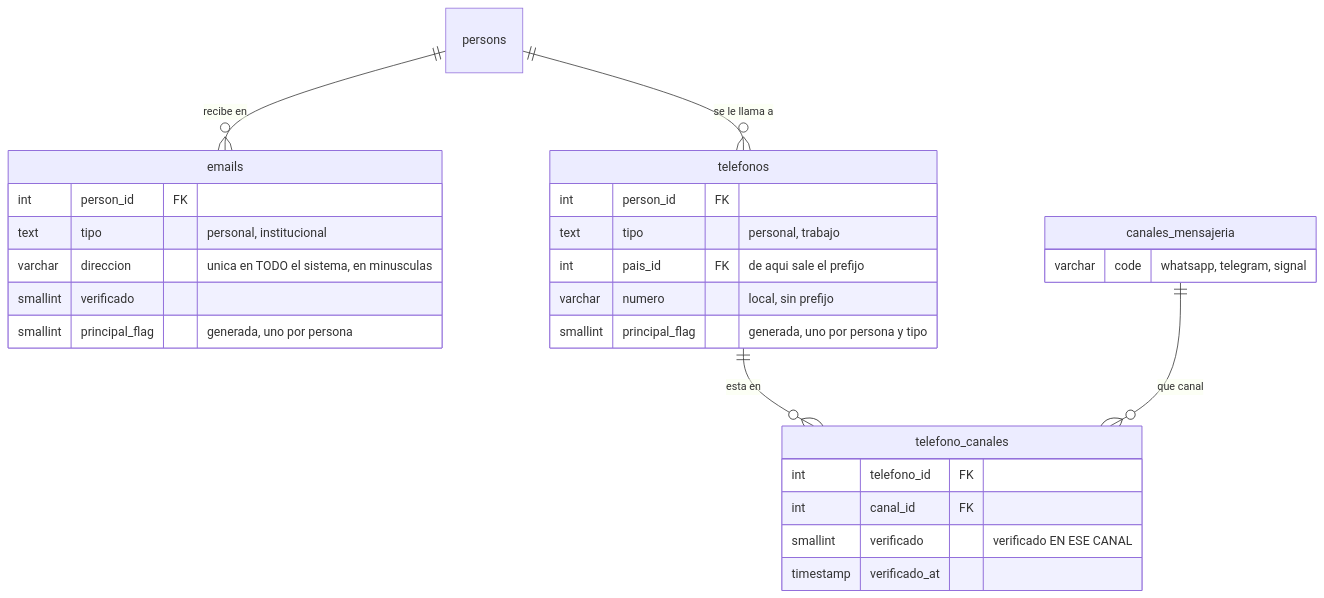
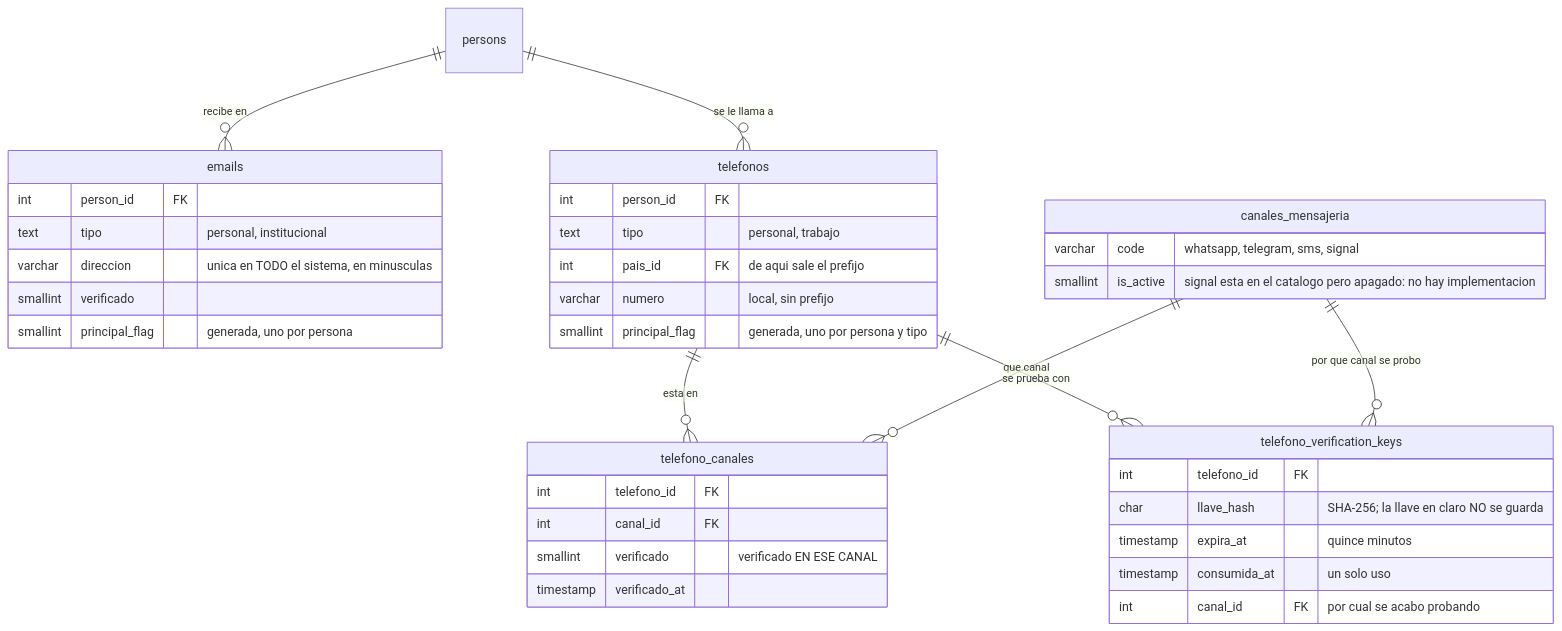
One commit to fresvel/deasy changed the second of 4 diagrams in docs/src/content/docs/modelo/organizacion.md. Above: the diagram before and after it, drawn with Mermaid. The commit also changed other lines of this file and 37 other files, not shown here.

````diff
--- a/docs/src/content/docs/modelo/organizacion.md
+++ b/docs/src/content/docs/modelo/organizacion.md
@@ -206,31 +206,41 @@
 ```mermaid
 erDiagram
   persons ||--o{ emails : "recibe en"
   persons ||--o{ telefonos : "se le llama a"
   telefonos ||--o{ telefono_canales : "esta en"
   canales_mensajeria ||--o{ telefono_canales : "que canal"
+  telefonos ||--o{ telefono_verification_keys : "se prueba con"
+  canales_mensajeria ||--o{ telefono_verification_keys : "por que canal se probo"
 
   emails {
     int person_id FK
     text tipo "personal, institucional"
     varchar direccion "unica en TODO el sistema, en minusculas"
     smallint verificado
     smallint principal_flag "generada, uno por persona"
   }
   telefonos {
     int person_id FK
     text tipo "personal, trabajo"
     int pais_id FK "de aqui sale el prefijo"
     varchar numero "local, sin prefijo"
     smallint principal_flag "generada, uno por persona y tipo"
   }
   telefono_canales {
     int telefono_id FK
     int canal_id FK
     smallint verificado "verificado EN ESE CANAL"
     timestamp verificado_at
   }
   canales_mensajeria {
-    varchar code "whatsapp, telegram, signal"
+    varchar code "whatsapp, telegram, sms, signal"
+    smallint is_active "signal esta en el catalogo pero apagado: no hay implementacion"
+  }
+  telefono_verification_keys {
+    int telefono_id FK
+    char llave_hash "SHA-256; la llave en claro NO se guarda"
+    timestamp expira_at "quince minutos"
+    timestamp consumida_at "un solo uso"
+    int canal_id FK "por cual se acabo probando"
   }
 ```
````
